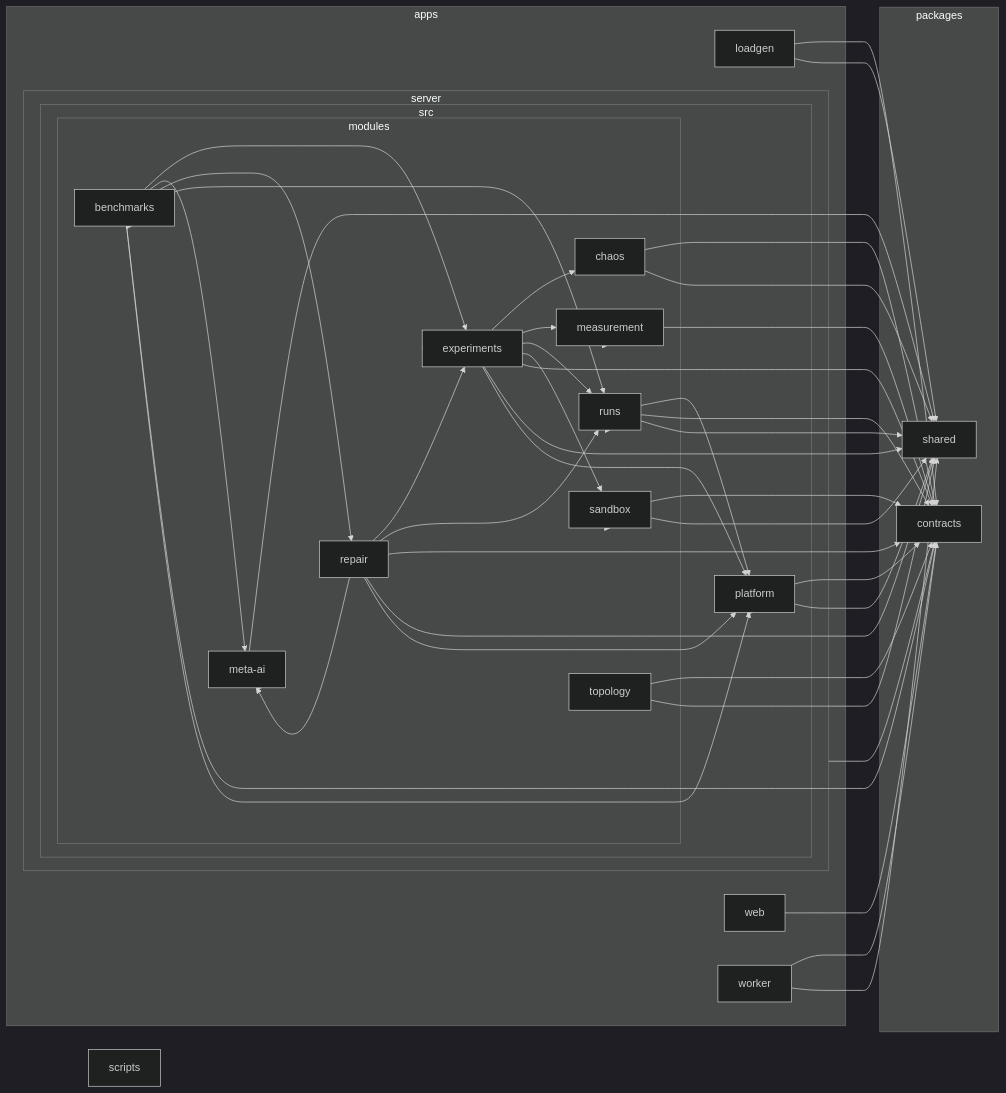
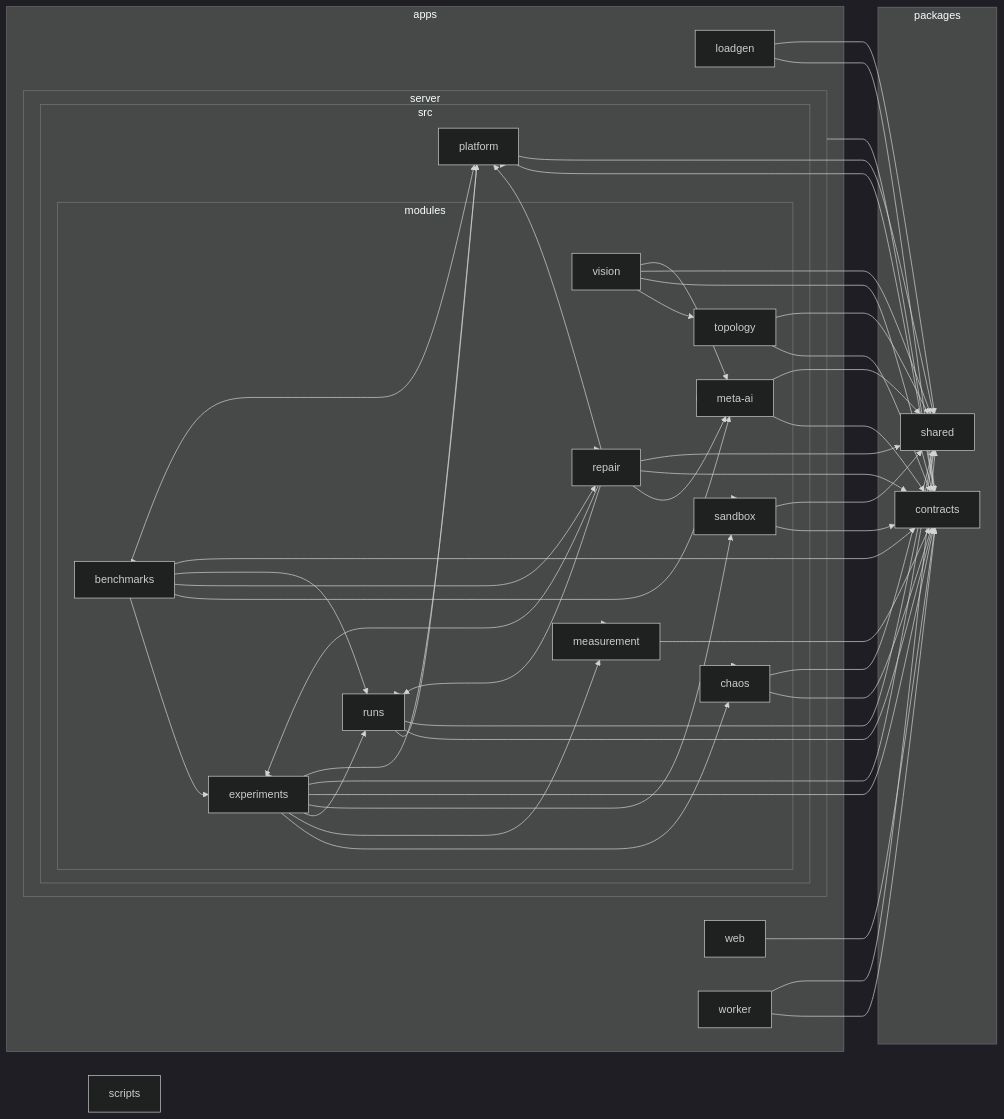
The diagram in docs/architecture.md (Jagdish-Padhi/EchmaMeet), drawn with Mermaid (dark theme) before and after one commit. The commit also changed 1 other file, not shown here.

Commit message:
docs: record phase 8 vision ingestion decisions and update architecture graph

````diff
--- a/docs/architecture.md
+++ b/docs/architecture.md
@@ -72,20 +72,21 @@
 B["runs"]
 C["sandbox"]
 D["topology"]
+E["vision"]
 end
-E["platform"]
+F["platform"]
 end
 end
-F["web"]
-G["worker"]
+G["web"]
+H["worker"]
 end
-subgraph H["packages"]
-I["contracts"]
-J["shared"]
+subgraph I["packages"]
+J["contracts"]
+K["shared"]
 end
-K["scripts"]
-1-->I
+L["scripts"]
 1-->J
+1-->K
 2-->5
 2-->6
 2-->7
@@ -95,41 +96,47 @@
 2-->B
 2-->D
 2-->E
+2-->F
 2-->C
-2-->I
+2-->J
 5-->7
 5-->9
 5-->A
 5-->B
-5-->I
-5-->E
-6-->I
+5-->J
+5-->F
 6-->J
+6-->K
 7-->6
 7-->8
 7-->B
 7-->C
-7-->I
 7-->J
-7-->E
-8-->I
+7-->K
+7-->F
+8-->J
 9-->J
+9-->K
 A-->7
 A-->9
 A-->B
-A-->I
 A-->J
-A-->E
-B-->E
-B-->I
+A-->K
+A-->F
+B-->F
 B-->J
-C-->I
+B-->K
 C-->J
-D-->I
+C-->K
 D-->J
-E-->I
+D-->K
+E-->D
 E-->J
-F-->I
-G-->I
+E-->K
+E-->9
+F-->J
+F-->K
 G-->J
+H-->J
+H-->K
 ```
````
